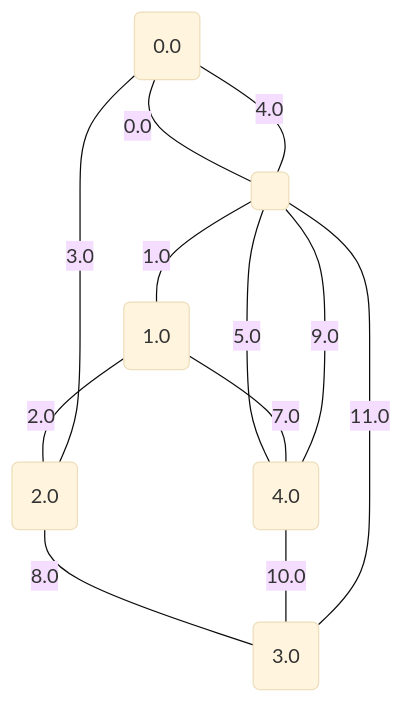
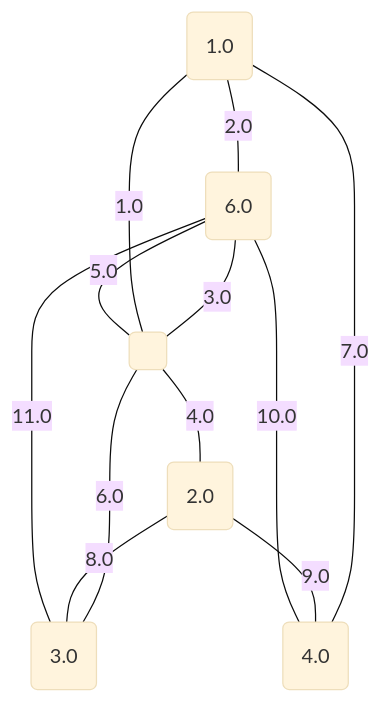
The ninth of 17 diagrams in project/src/testing/showcase/minCutPetersen.md (metury/graphs), drawn with Mermaid (base theme) before and after one commit. The commit also changed other lines of this file and 33 other files, not shown here.

````diff
--- a/project/src/testing/showcase/minCutPetersen.md
+++ b/project/src/testing/showcase/minCutPetersen.md
@@ -243,20 +243,20 @@
 ```mermaid
 graph TD;
-	0("0.0");
-	1("1.0");
-	2("2.0");
-	3("3.0");
-	4("4.0");
+	0("1.0");
+	1("2.0");
+	2("3.0");
+	3("4.0");
+	4("6.0");
 	5(" ");
-	0 -- "0.0" --- 5;
-	5 -- "1.0" --- 1;
-	1 -- "2.0" --- 2;
-	2 -- "3.0" --- 0;
-	0 -- "4.0" --- 5;
+	5 -- "1.0" --- 0;
+	0 -- "2.0" --- 4;
+	4 -- "3.0" --- 5;
+	5 -- "4.0" --- 1;
 	5 -- "5.0" --- 4;
-	1 -- "7.0" --- 4;
-	2 -- "8.0" --- 3;
-	5 -- "9.0" --- 4;
+	5 -- "6.0" --- 2;
+	0 -- "7.0" --- 3;
+	1 -- "8.0" --- 2;
+	1 -- "9.0" --- 3;
 	4 -- "10.0" --- 3;
-	5 -- "11.0" --- 3;
+	2 -- "11.0" --- 4;
 ```
````
